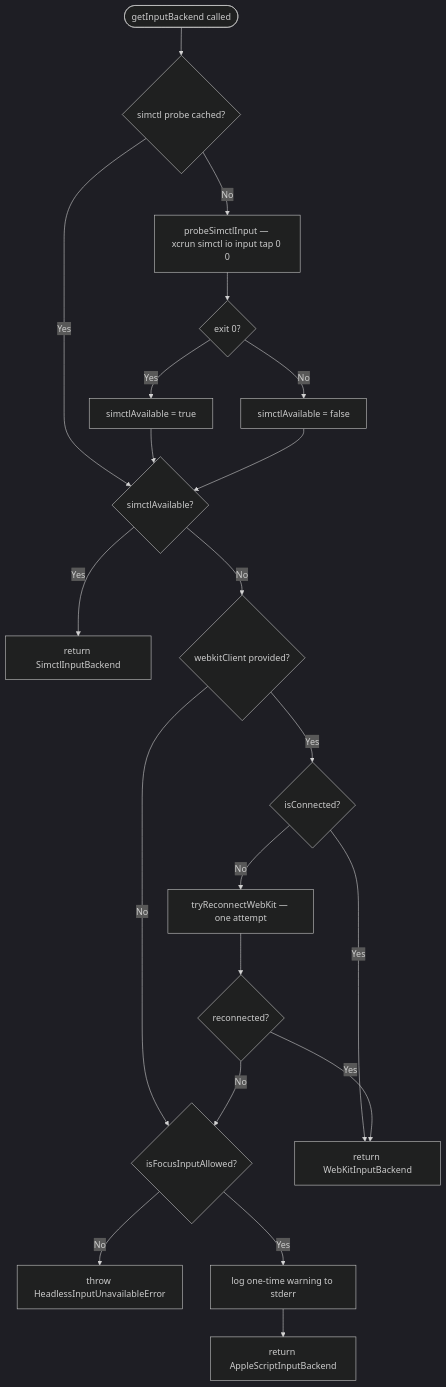
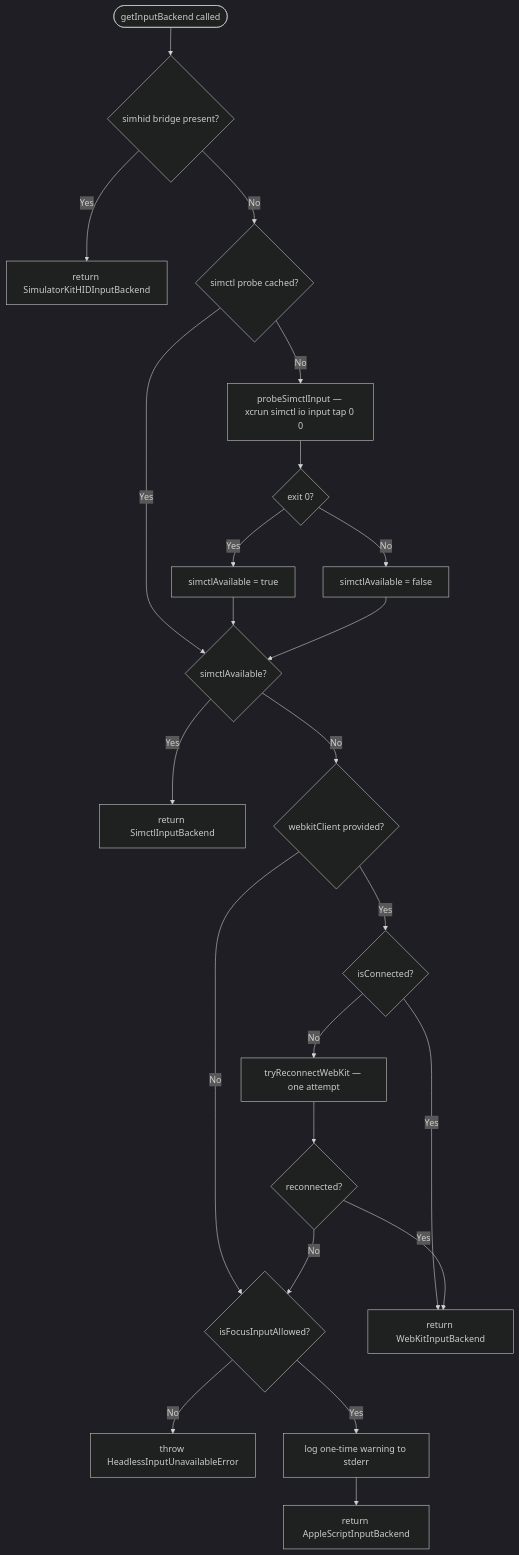
Before and after one commit to shaun0927/opensafari: the diagram in docs/headless-architecture.md, drawn with Mermaid (dark theme). The commit also changed other lines of this file, not shown here.

First line of the commit message:
docs: mark SimulatorKitHIDInputBackend as production Tier 1

````diff
--- a/docs/headless-architecture.md
+++ b/docs/headless-architecture.md
@@ -48,23 +44,25 @@
 ```mermaid
 flowchart TD
-    A([getInputBackend called]) --> B{simctl probe cached?}
+    A([getInputBackend called]) --> A1{simhid bridge present?}
+    A1 -- Yes --> A4[return SimulatorKitHIDInputBackend]
+    A1 -- No --> B{simctl probe cached?}
     B -- No --> C[probeSimctlInput — xcrun simctl io input tap 0 0]
     C --> D{exit 0?}
     D -- Yes --> E[simctlAvailable = true]
     D -- No --> F[simctlAvailable = false]
     B -- Yes --> G{simctlAvailable?}
     E --> G
     F --> G
     G -- Yes --> H[return SimctlInputBackend]
     G -- No --> I{webkitClient provided?}
     I -- No --> N
     I -- Yes --> J{isConnected?}
     J -- Yes --> K[return WebKitInputBackend]
     J -- No --> L[tryReconnectWebKit — one attempt]
     L --> M{reconnected?}
     M -- Yes --> K
     M -- No --> N{isFocusInputAllowed?}
     N -- No --> O[throw HeadlessInputUnavailableError]
     N -- Yes --> P[log one-time warning to stderr]
     P --> Q[return AppleScriptInputBackend]
 ```
````
